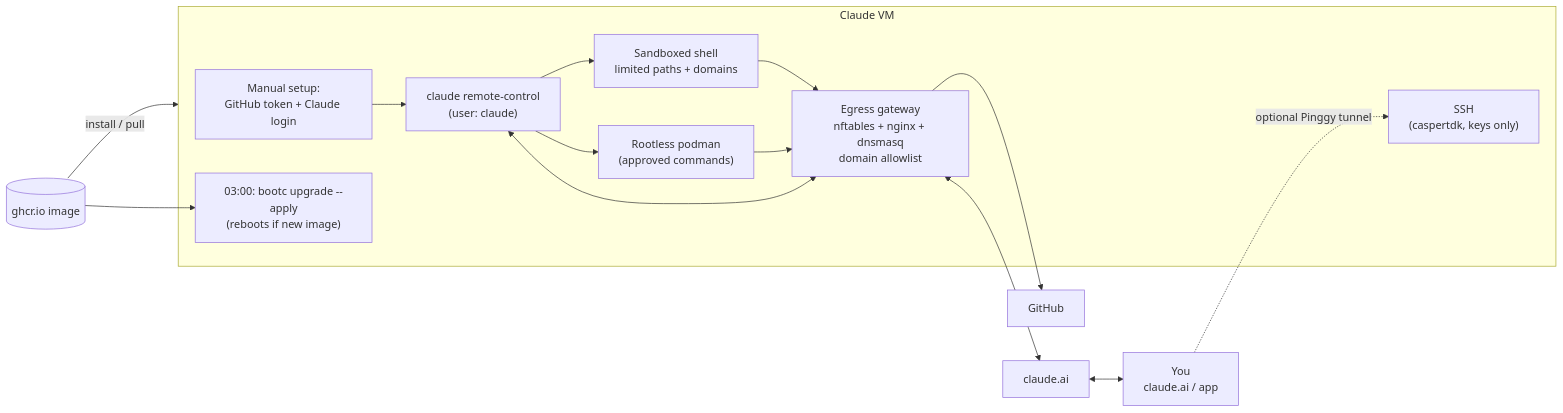
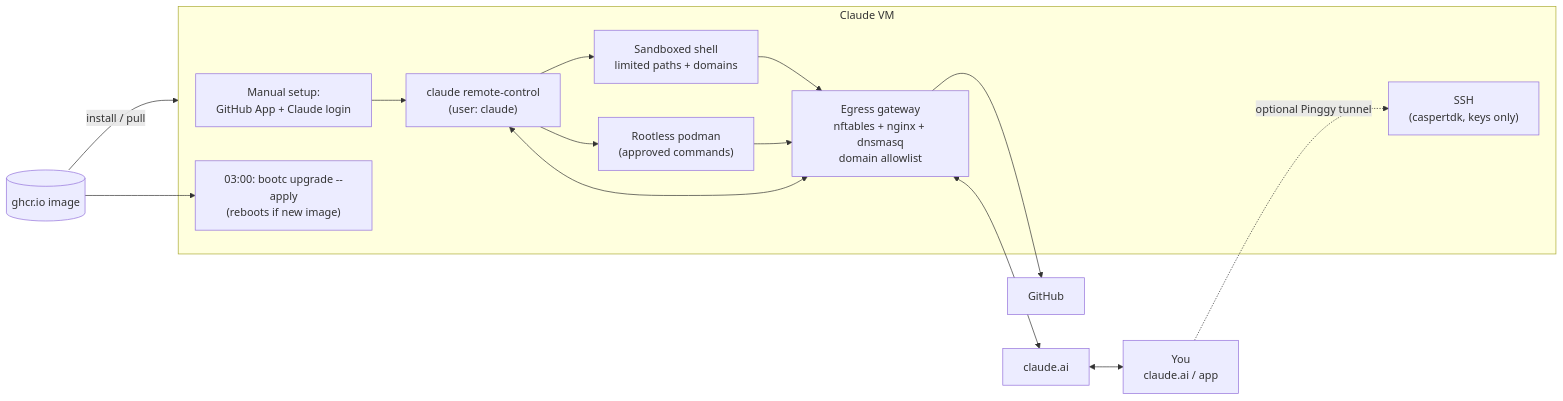
One commit to cthtrifork/homeserver-bootc changed the diagram in docs/claude-vm/README.md. Above: the diagram before and after it, drawn with Mermaid.

Commit message:
docs(claude-vm): diagram says GitHub App

````diff
--- a/docs/claude-vm/README.md
+++ b/docs/claude-vm/README.md
@@ -18,30 +18,30 @@
 ```mermaid
 flowchart LR
     REG[("ghcr.io image")]
     YOU["You<br/>claude.ai / app"]
     ANTH["claude.ai"]
     GH["GitHub"]
 
     subgraph VM["Claude VM"]
-        SETUP["Manual setup:<br/>GitHub token + Claude login"]
+        SETUP["Manual setup:<br/>GitHub App + Claude login"]
         RC["claude remote-control<br/>(user: claude)"]
         SB["Sandboxed shell<br/>limited paths + domains"]
         POD["Rootless podman<br/>(approved commands)"]
         GW["Egress gateway<br/>nftables + nginx + dnsmasq<br/>domain allowlist"]
         UPD["03:00: bootc upgrade --apply<br/>(reboots if new image)"]
         SSH["SSH<br/>(caspertdk, keys only)"]
     end
 
     REG -->|install / pull| VM
     SETUP --> RC
     RC --> SB
     RC --> POD
     SB --> GW
     POD --> GW
     RC <--> GW
     GW --> GH
     GW <--> ANTH
     ANTH <--> YOU
     REG --> UPD
         YOU -.->|"optional Pinggy tunnel"| SSH
 ```
````
